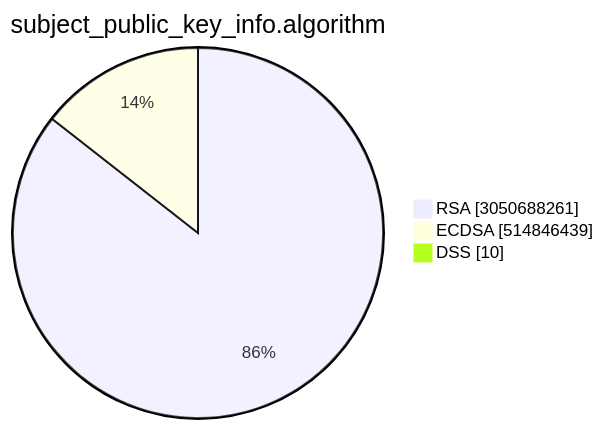
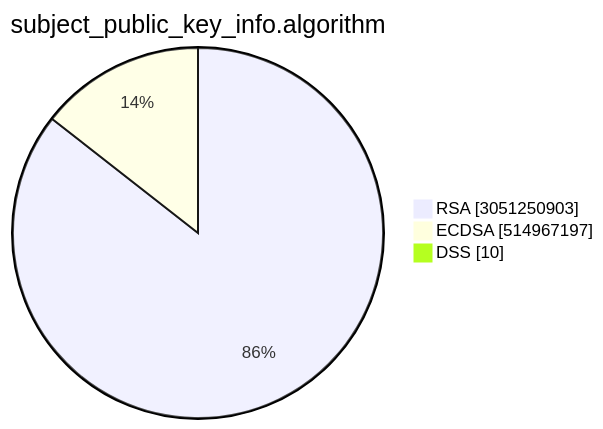
The second of 15 diagrams in TOTAL/README.md (christiankrug/ctmonitor_visualization), drawn with Mermaid before and after one commit. The commit also changed other lines of this file, not shown here.

````diff
--- a/TOTAL/README.md
+++ b/TOTAL/README.md
@@ -6,7 +6,7 @@
 ```mermaid
 pie showData
 title subject_public_key_info.algorithm
-"RSA" :3050688261
-"ECDSA" :514846439
+"RSA" :3051250903
+"ECDSA" :514967197
 "DSS" :10
 ```
````
